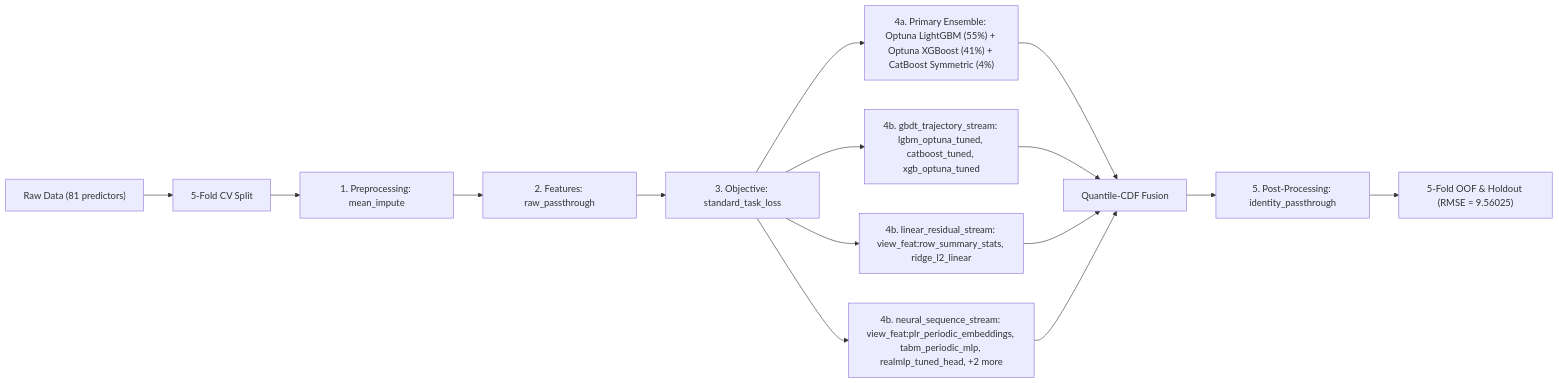
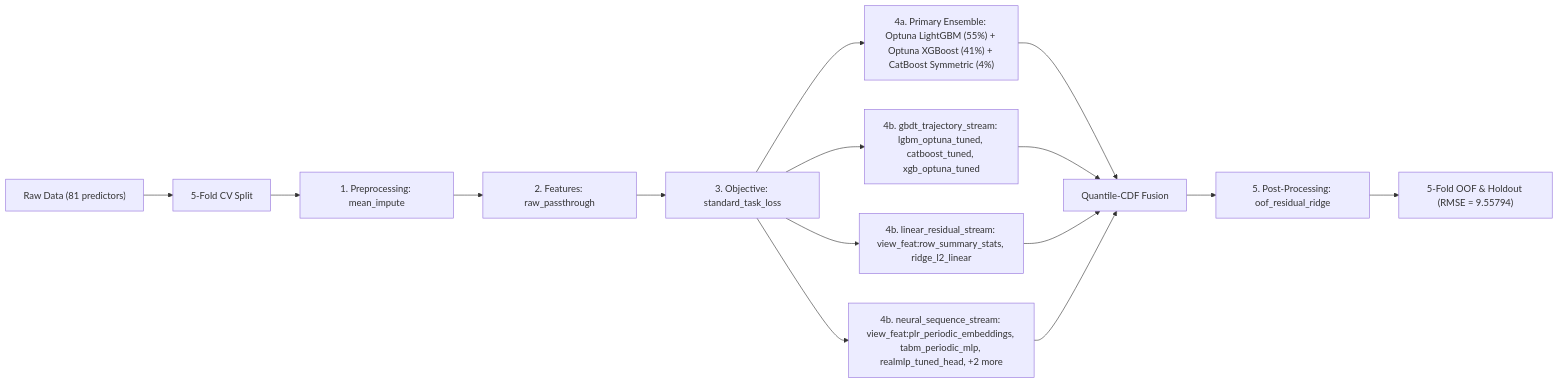
One commit to stefanoclss/ROGII-Wellbore-Geology-Prediction changed the diagram in README.md. Above: the diagram before and after it, drawn with Mermaid. The commit also changed other lines of this file, not shown here.

First line of the commit message:
docs(readme): refresh verified OOF benchmark & build ledger (RMSE=9.55794)

````diff
--- a/README.md
+++ b/README.md
@@ -71,17 +72,17 @@
 ```mermaid
 flowchart LR
     DATA["Raw Data (81 predictors)"] --> SPLIT["5-Fold CV Split"]
     SPLIT --> PRE["1. Preprocessing: mean_impute"]
     PRE --> FEAT["2. Features: raw_passthrough"]
     FEAT --> OBJ["3. Objective: standard_task_loss"]
     OBJ --> M0["4a. Primary Ensemble: Optuna LightGBM (55%) + Optuna XGBoost (41%) + CatBoost Symmetric (4%)"]
     M0 --> FUSE["Quantile-CDF Fusion"]
     OBJ --> S1["4b. gbdt_trajectory_stream: lgbm_optuna_tuned, catboost_tuned, xgb_optuna_tuned"]
     S1 --> FUSE
     OBJ --> S2["4b. linear_residual_stream: view_feat:row_summary_stats, ridge_l2_linear"]
     S2 --> FUSE
     OBJ --> S3["4b. neural_sequence_stream: view_feat:plr_periodic_embeddings, tabm_periodic_mlp, realmlp_tuned_head, +2 more"]
     S3 --> FUSE
-    FUSE --> POST["5. Post-Processing: identity_passthrough"]
-    POST --> OUT["5-Fold OOF & Holdout (RMSE = 9.56025)"]
+    FUSE --> POST["5. Post-Processing: oof_residual_ridge"]
+    POST --> OUT["5-Fold OOF & Holdout (RMSE = 9.55794)"]
 ```
````
